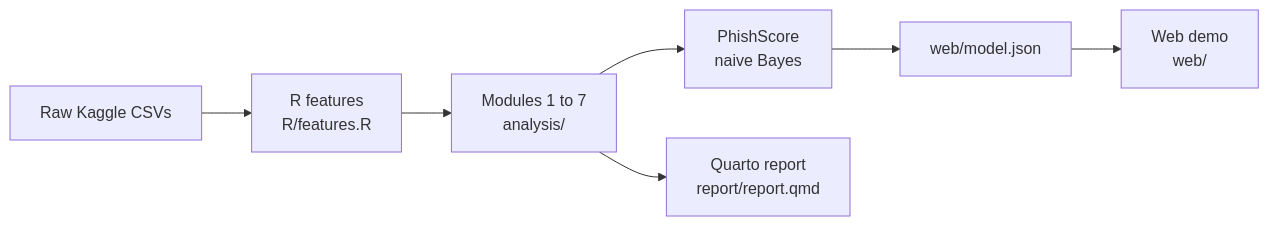
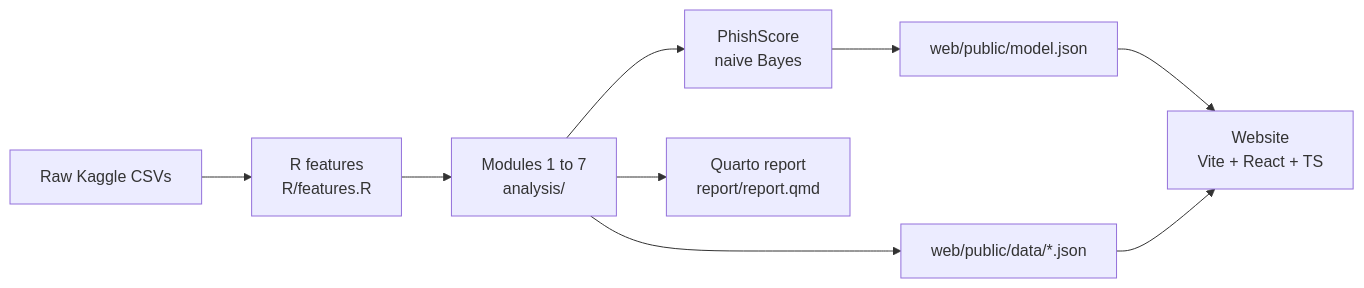
Before and after one commit to PR0XCITY/PhishScope: the diagram in README.md, drawn with Mermaid. The commit also changed other lines of this file and 60 other files, not shown here.

````diff
--- a/README.md
+++ b/README.md
@@ -29,9 +34,11 @@
 ```mermaid
 flowchart LR
   A[Raw Kaggle CSVs] --> B[R features<br/>R/features.R]
   B --> C[Modules 1 to 7<br/>analysis/]
   C --> D[PhishScore<br/>naive Bayes]
-  D --> E[web/model.json]
-  E --> F[Web demo<br/>web/]
+  D --> E[web/public/model.json]
+  C --> W[web/public/data/*.json]
+  E --> F[Website<br/>Vite + React + TS]
+  W --> F
   C --> G[Quarto report<br/>report/report.qmd]
 ```
````
